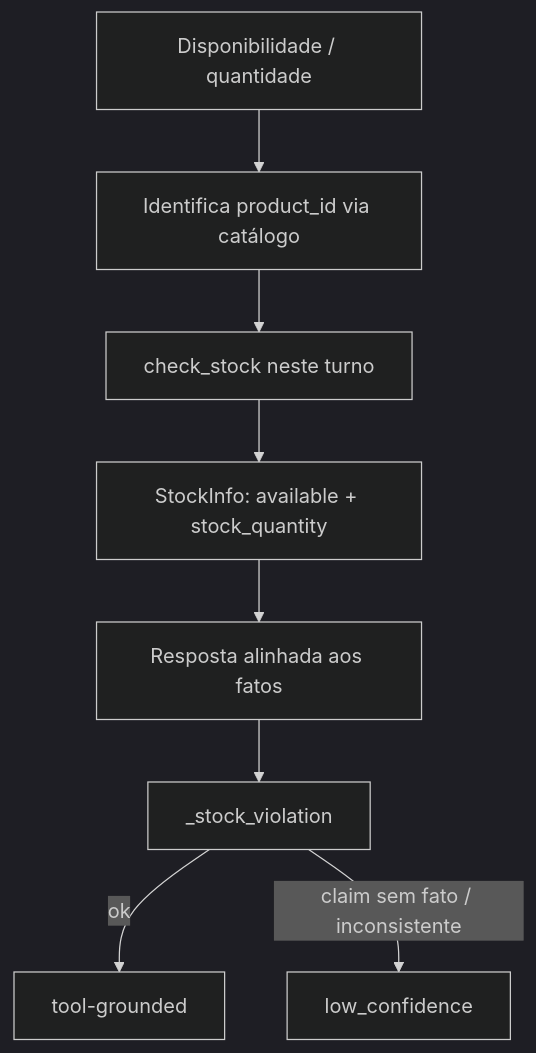
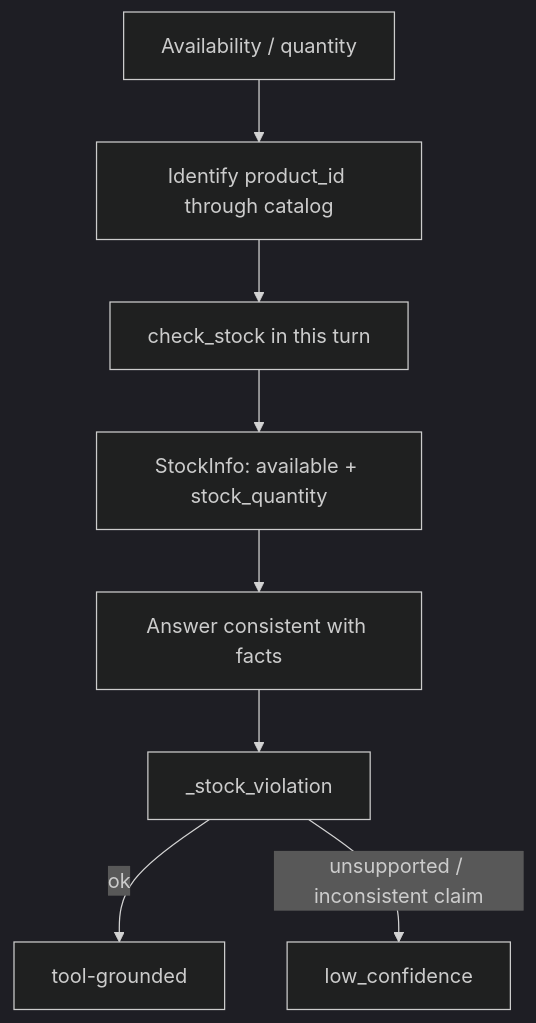
The third of 9 diagrams in docs/customer-service-flows.md (antonioreal97/Artefact_case), drawn with Mermaid (dark theme) before and after one commit. The commit also changed other lines of this file and 47 other files, not shown here.

````diff
--- a/docs/customer-service-flows.md
+++ b/docs/customer-service-flows.md
@@ -122,10 +124,10 @@
 ```mermaid
 flowchart TD
-  q["Disponibilidade / quantidade"] --> id["Identifica product_id via catálogo"]
-  id --> cs["check_stock neste turno"]
+  q["Availability / quantity"] --> id["Identify product_id through catalog"]
+  id --> cs["check_stock in this turn"]
   cs --> facts["StockInfo: available + stock_quantity"]
-  facts --> ans["Resposta alinhada aos fatos"]
+  facts --> ans["Answer consistent with facts"]
   ans --> sv["_stock_violation"]
   sv -->|"ok"| ok["tool-grounded"]
-  sv -->|"claim sem fato / inconsistente"| rej["low_confidence"]
+  sv -->|"unsupported / inconsistent claim"| rej["low_confidence"]
 ```
````
